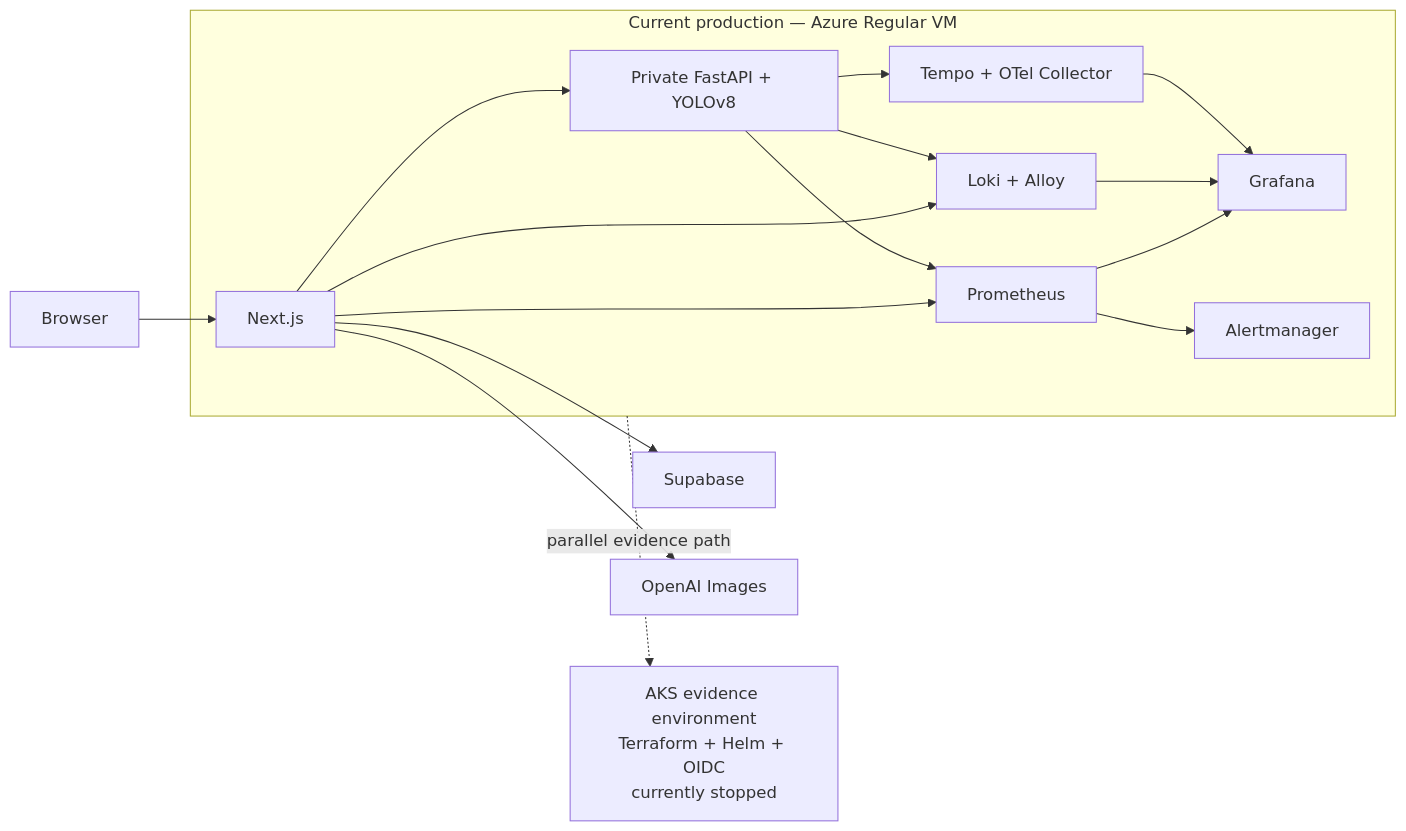
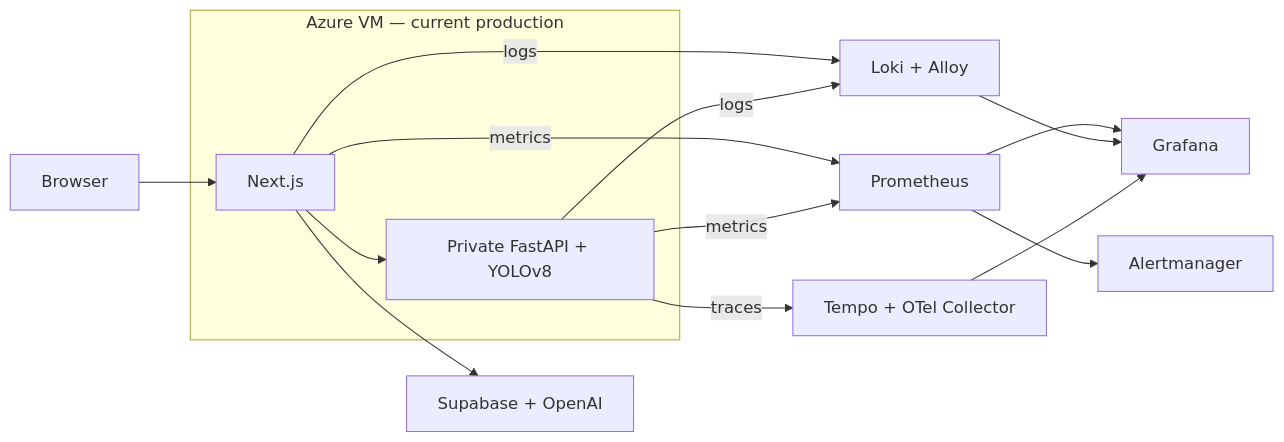
One commit to hzzcoding/SlowChrome-Showcase changed the diagram in README.md. Above: the diagram before and after it, drawn with Mermaid. The commit also changed other lines of this file and 1 other file, not shown here.

````diff
--- a/README.md
+++ b/README.md
@@ -54,30 +58,22 @@
 ```mermaid
 flowchart LR
     user["Browser"] --> web["Next.js"]
     web --> api["Private FastAPI + YOLOv8"]
-    web --> supabase["Supabase"]
-    web --> openai["OpenAI Images"]
+    web --> deps["Supabase + OpenAI"]
 
-    subgraph production["Current production — Azure Regular VM"]
+    subgraph production["Azure VM — current production"]
         web
         api
-        prom["Prometheus"]
-        grafana["Grafana"]
-        loki["Loki + Alloy"]
-        tempo["Tempo + OTel Collector"]
-        alerts["Alertmanager"]
     end
 
-    web --> prom
-    api --> prom
-    web --> loki
-    api --> loki
-    api --> tempo
-    prom --> grafana
+    web -->|metrics| prom["Prometheus"]
+    api -->|metrics| prom
+    web -->|logs| loki["Loki + Alloy"]
+    api -->|logs| loki
+    api -->|traces| tempo["Tempo + OTel Collector"]
+
+    prom --> grafana["Grafana"]
     loki --> grafana
     tempo --> grafana
-    prom --> alerts
-
-    aks["AKS evidence environment\nTerraform + Helm + OIDC\ncurrently stopped"]
-    production -. "parallel evidence path" .-> aks
+    prom --> alerts["Alertmanager"]
 ```
````
